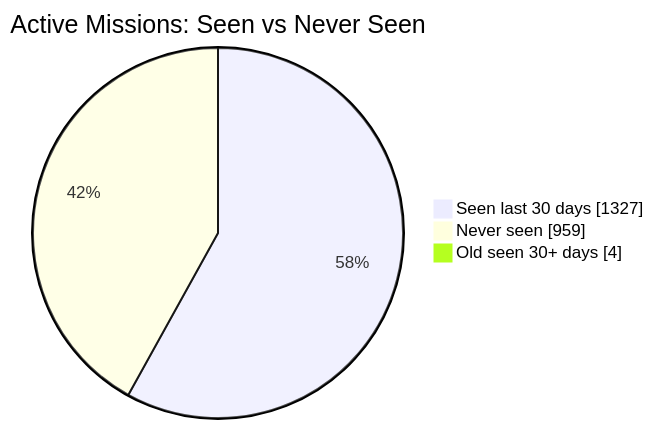
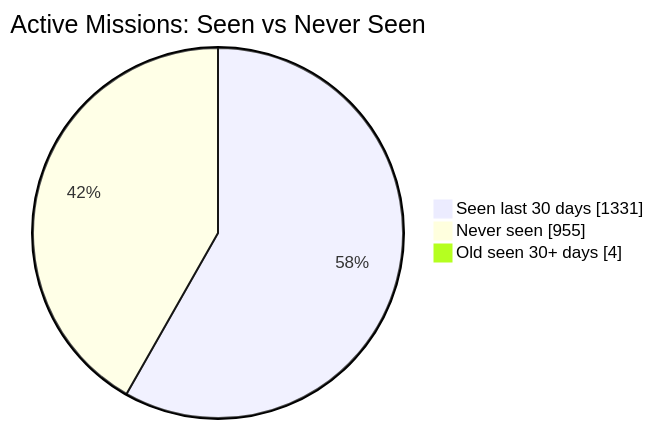
One commit to MeldkamerspelGameTeam/active-missions changed the first of 2 diagrams in README.md. Above: the diagram before and after it, drawn with Mermaid. The commit also changed other lines of this file and 2 other files, not shown here.

````diff
--- a/README.md
+++ b/README.md
@@ -34,7 +34,7 @@
 ```mermaid
 pie showData
     title Active Missions: Seen vs Never Seen
-    "Seen last 30 days" : 1327
-    "Never seen" : 959
+    "Seen last 30 days" : 1331
+    "Never seen" : 955
     "Old seen 30+ days" : 4
 ```
````
